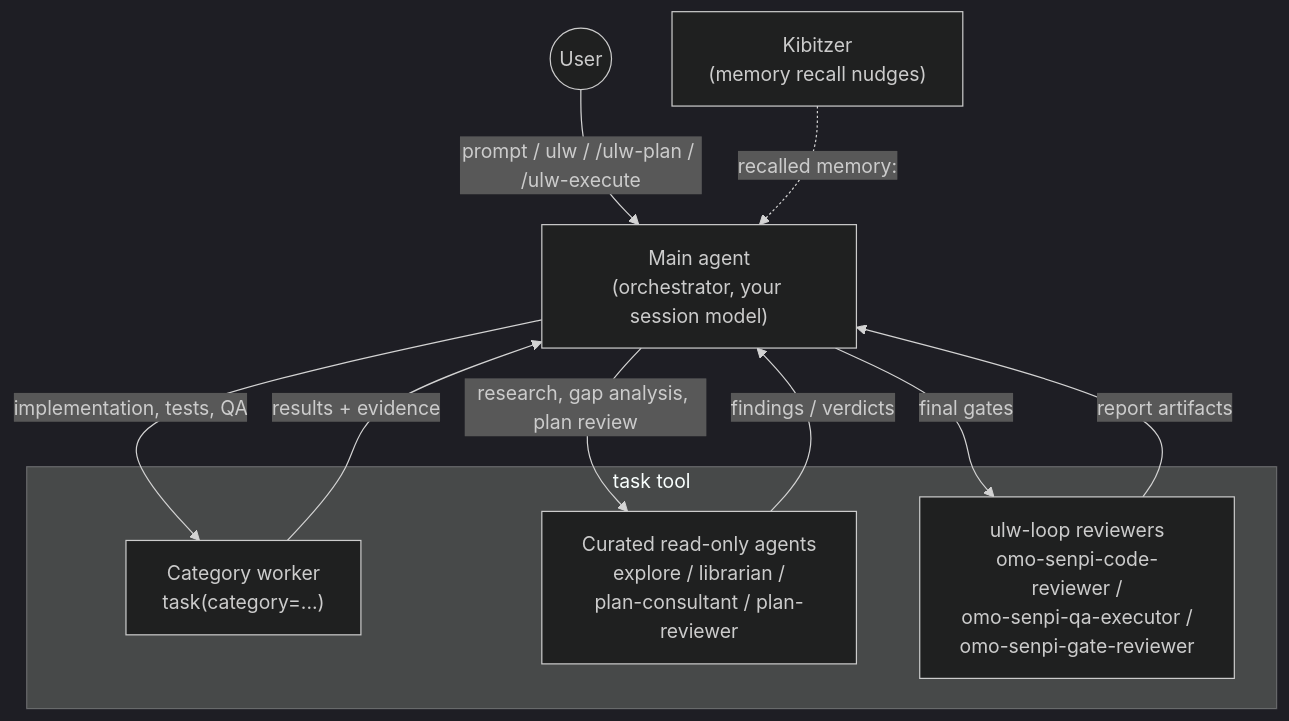
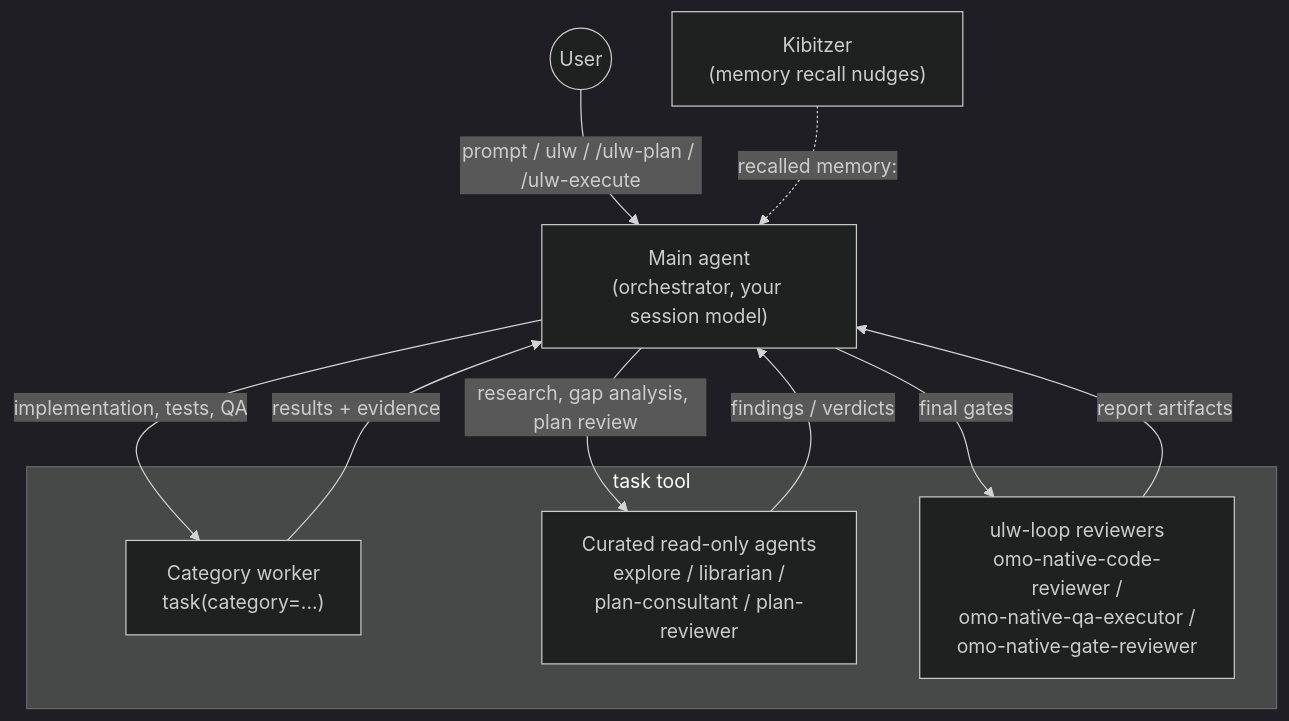
The first of 2 diagrams in docs/guide/orchestration.md (A-Archives-and-Forks/oh-my-openagent), drawn with Mermaid (dark theme) before and after one commit. The commit also changed other lines of this file and 7 other files, not shown here.

First line of the commit message:
docs: describe [native] as the harness block and omo-native-* as the reviewers

````diff
--- a/docs/guide/orchestration.md
+++ b/docs/guide/orchestration.md
@@ -39,22 +39,22 @@
 ```mermaid
 flowchart TB
     User(("User"))
     Main["Main agent<br/>(orchestrator, your session model)"]
 
     subgraph Delegation["task tool"]
         Worker["Category worker<br/>task(category=...)"]
         Curated["Curated read-only agents<br/>explore / librarian /<br/>plan-consultant / plan-reviewer"]
-        Reviewers["ulw-loop reviewers<br/>omo-senpi-code-reviewer /<br/>omo-senpi-qa-executor /<br/>omo-senpi-gate-reviewer"]
+        Reviewers["ulw-loop reviewers<br/>omo-native-code-reviewer /<br/>omo-native-qa-executor /<br/>omo-native-gate-reviewer"]
     end
 
     Kibitzer["Kibitzer<br/>(memory recall nudges)"]
 
     User -->|"prompt / ulw / /ulw-plan / /ulw-execute"| Main
     Main -->|"implementation, tests, QA"| Worker
     Main -->|"research, gap analysis, plan review"| Curated
     Main -->|"final gates"| Reviewers
     Kibitzer -.->|"recalled memory: <hint>"| Main
     Worker -->|"results + evidence"| Main
     Curated -->|"findings / verdicts"| Main
     Reviewers -->|"report artifacts"| Main
 ```
````
